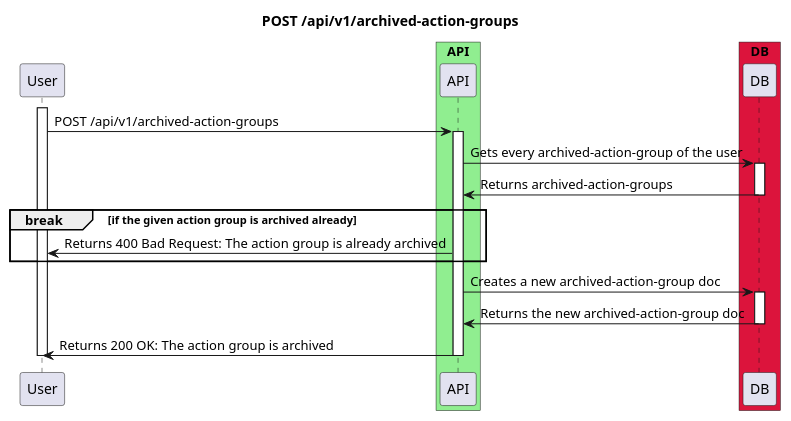
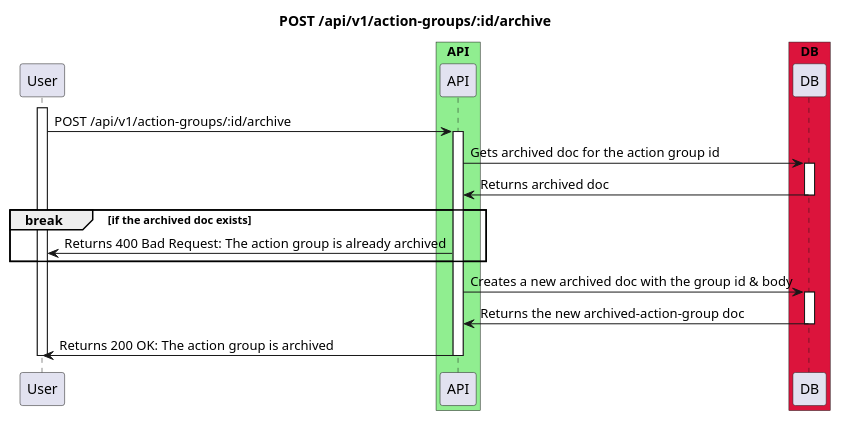
The diagram in dev_api/diagrams/post-archived-action-group.md (ajktown/docs), drawn with PlantUML before and after one commit.

Commit message:
doc: url modified

````diff
--- a/dev_api/diagrams/post-archived-action-group.md
+++ b/dev_api/diagrams/post-archived-action-group.md
@@ -31,33 +31,33 @@
 ```plantuml
 
 @startuml
 
-title POST /api/v1/archived-action-groups
+title POST /api/v1/action-groups/:id/archive
 
 participant "User" as user
 
 box "API" #Lightgreen
   participant "API" as api
 box
 box "DB" #Crimson
   participant "DB" as db
 box
 
 activate user
-  user -> api: POST /api/v1/archived-action-groups
+  user -> api: POST /api/v1/action-groups/:id/archive
   activate api
-    api -> db: Gets every archived-action-group of the user
+    api -> db: Gets archived doc for the action group id
     activate db
-      api <- db: Returns archived-action-groups
+      api <- db: Returns archived doc
     deactivate db
-    break if the given action group is archived already
+    break if the archived doc exists
       user <- api: Returns 400 Bad Request: The action group is already archived
     end break
-    api -> db: Creates a new archived-action-group doc
+    api -> db: Creates a new archived doc with the group id & body
     activate db
       api <- db: Returns the new archived-action-group doc
     deactivate db
     user <- api: Returns 200 OK: The action group is archived
   deactivate api
 deactivate user
 ```
````
